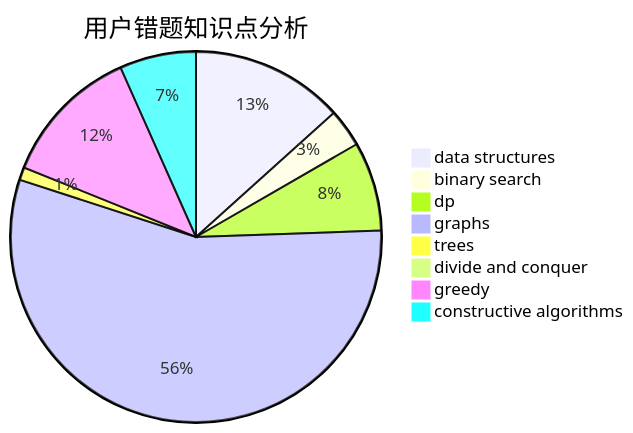
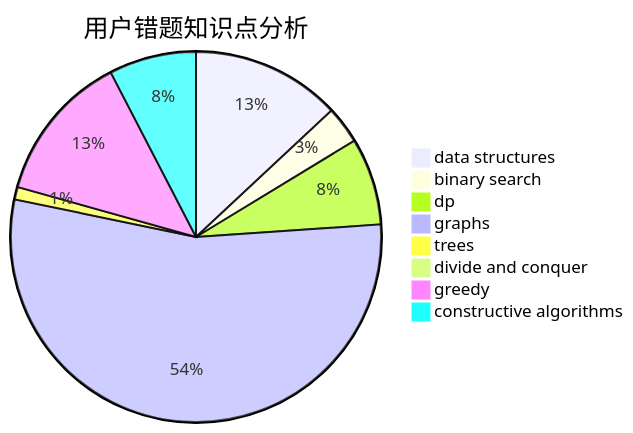
Before and after one commit to sherpahu/cfrs.github.io: the third of 3 diagrams in docs/user/u1638.md, drawn with Mermaid. The commit also changed other lines of this file and 2770 other files, not shown here.

````diff
--- a/docs/user/u1638.md
+++ b/docs/user/u1638.md
@@ -36,11 +36,11 @@
 ```mermaid
 pie title 用户错题知识点分析
     "data structures" :  12
     "binary search" :  3
     "dp" :  7
     "graphs" :  50
     "trees" :  1
     "divide and conquer" :  0
-    "greedy" :  11
-    "constructive algorithms" :  6
+    "greedy" :  12
+    "constructive algorithms" :  7
 ```
````
